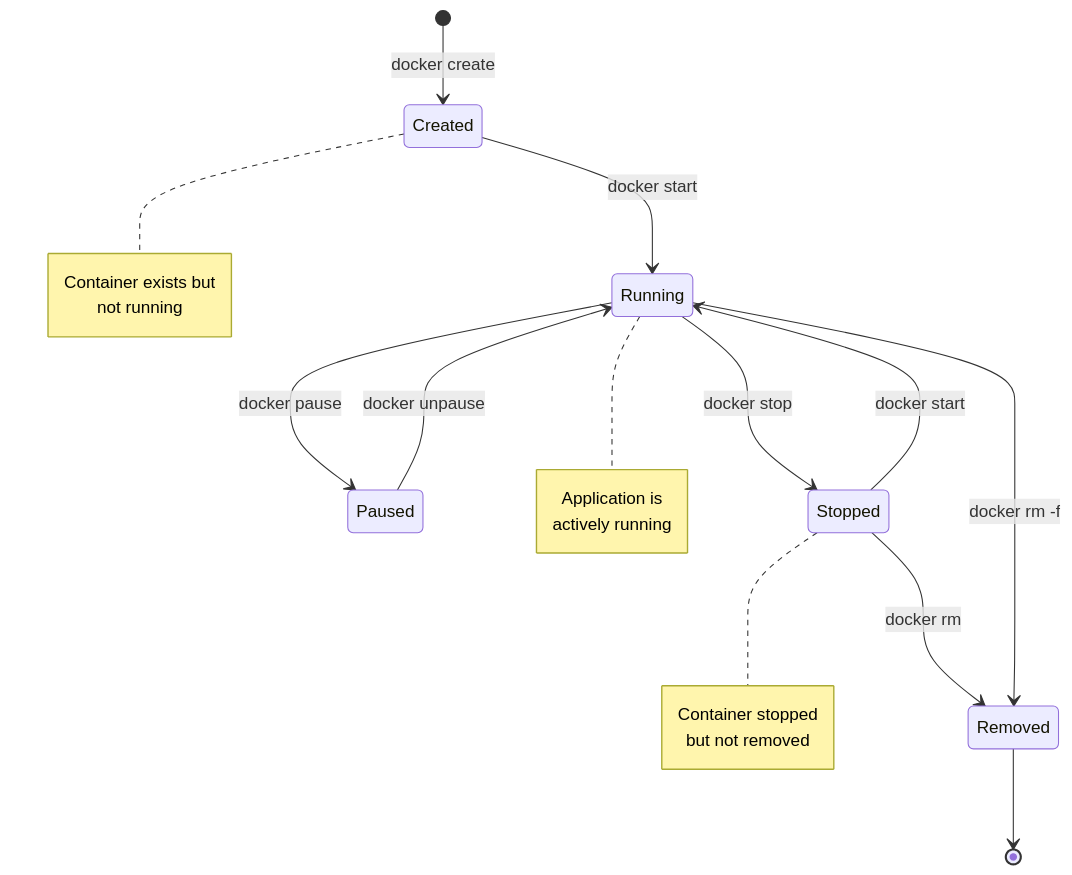
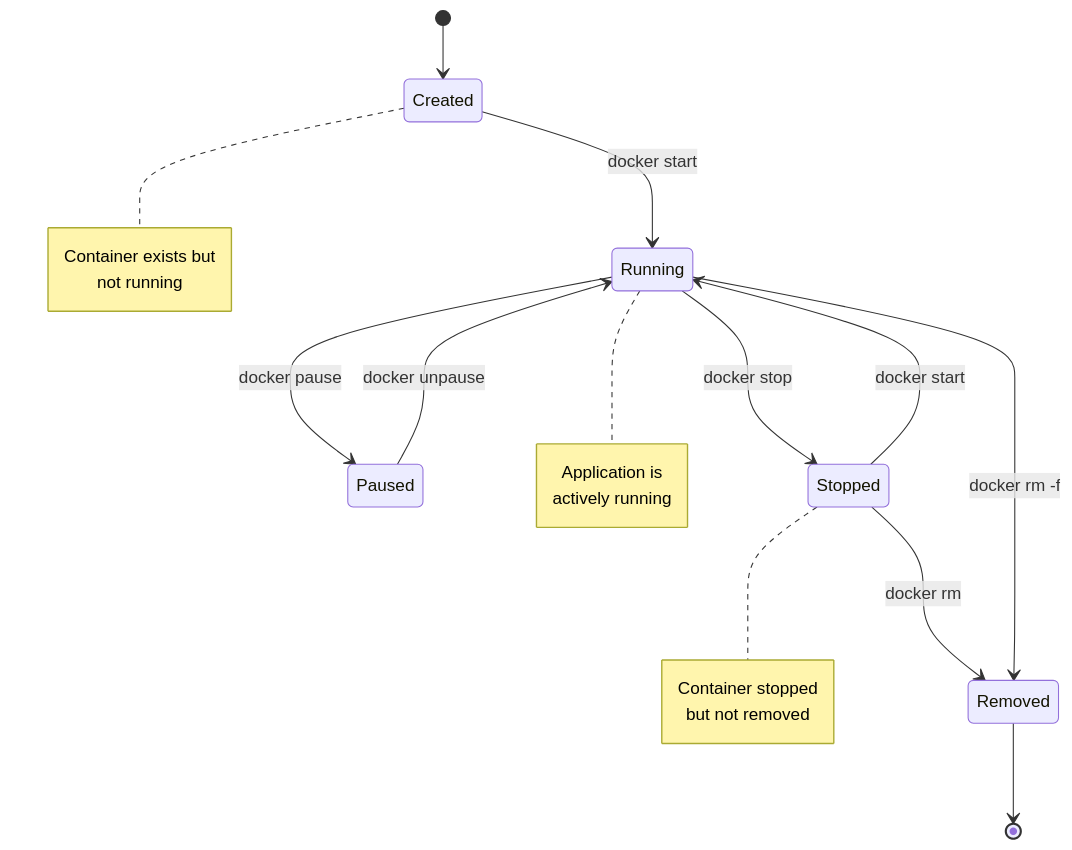
One commit to lokeshnalabothula/skill-score-generator changed the sixth of 8 diagrams in report_figures.md. Above: the diagram before and after it, drawn with Mermaid. The commit also changed other lines of this file, not shown here.

First line of the commit message:
Fix Mermaid diagram syntax issues

````diff
--- a/report_figures.md
+++ b/report_figures.md
@@ -504,27 +504,24 @@
 ```mermaid
 stateDiagram-v2
-    [*] --> Created: docker create
+    [*] --> Created
     Created --> Running: docker start
     Running --> Paused: docker pause
     Paused --> Running: docker unpause
     Running --> Stopped: docker stop
     Stopped --> Running: docker start
     Stopped --> Removed: docker rm
     Running --> Removed: docker rm -f
     Removed --> [*]
     
     note right of Created
-        Container exists but
-        not running
+        Container exists but<br/>not running
     end note
     
     note right of Running
-        Application is
-        actively running
+        Application is<br/>actively running
     end note
     
     note right of Stopped
-        Container stopped
-        but not removed
+        Container stopped<br/>but not removed
     end note
 ```
````
